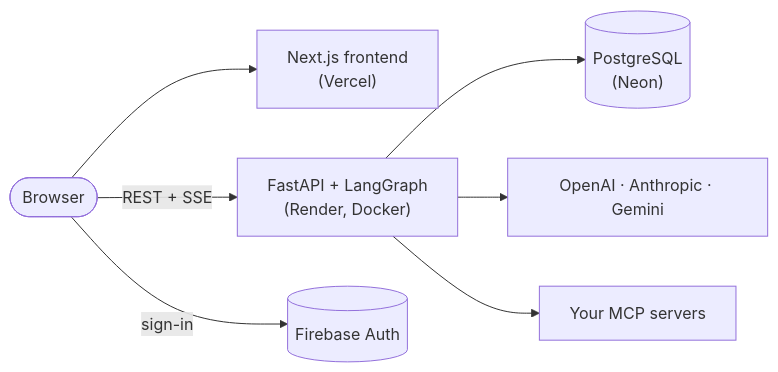
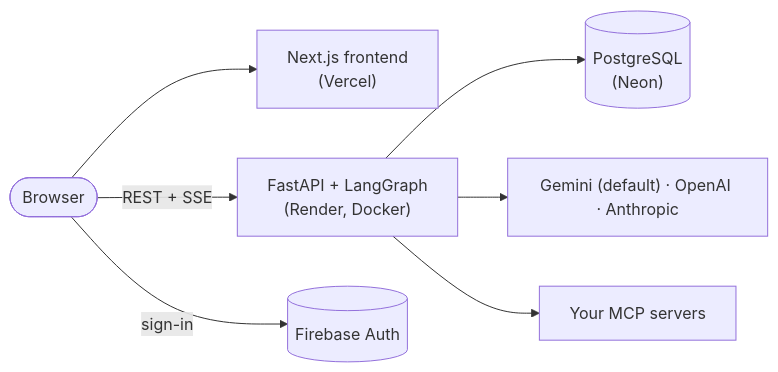
One commit to pavankumarbattineni/Abyss changed the diagram in README.md. Above: the diagram before and after it, drawn with Mermaid. The commit also changed other lines of this file and 9 other files, not shown here.

First line of the commit message:
feat: Gemini 3.5 Flash-Lite as the platform default model

````diff
--- a/README.md
+++ b/README.md
@@ -39,9 +39,9 @@
 ```mermaid
 flowchart LR
     U([Browser]) --> FE["Next.js frontend<br/>(Vercel)"]
     U -->|"REST + SSE"| BE["FastAPI + LangGraph<br/>(Render, Docker)"]
     U -->|sign-in| FB[(Firebase Auth)]
     BE --> PG[("PostgreSQL<br/>(Neon)")]
-    BE --> LLM["OpenAI · Anthropic · Gemini"]
+    BE --> LLM["Gemini (default) · OpenAI · Anthropic"]
     BE --> MCP["Your MCP servers"]
 ```
````
